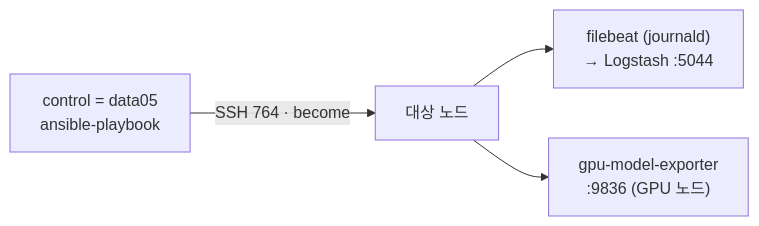
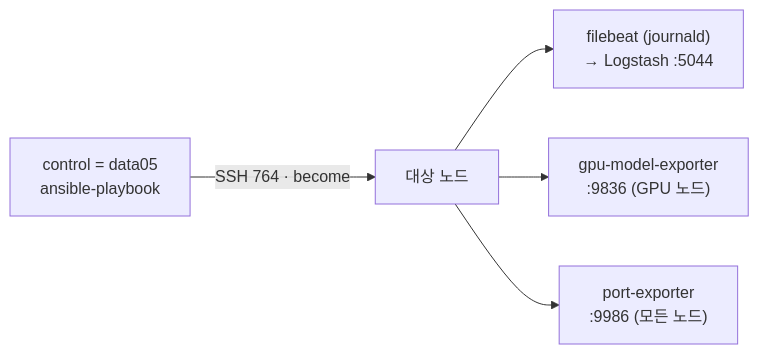
One commit to mooner92/KEIwi changed the diagram in infra/ansible/README.md. Above: the diagram before and after it, drawn with Mermaid. The commit also changed other lines of this file and 19 other files, not shown here.

````diff
--- a/infra/ansible/README.md
+++ b/infra/ansible/README.md
@@ -10,6 +10,7 @@
 ```mermaid
 flowchart LR
   CTL["control = data05<br/>ansible-playbook"] -->|"SSH 764 · become"| N["대상 노드"]
   N --> FB["filebeat (journald)\n→ Logstash :5044"]
   N --> GM["gpu-model-exporter\n:9836 (GPU 노드)"]
+  N --> PE["port-exporter\n:9986 (모든 노드)"]
 ```
````
